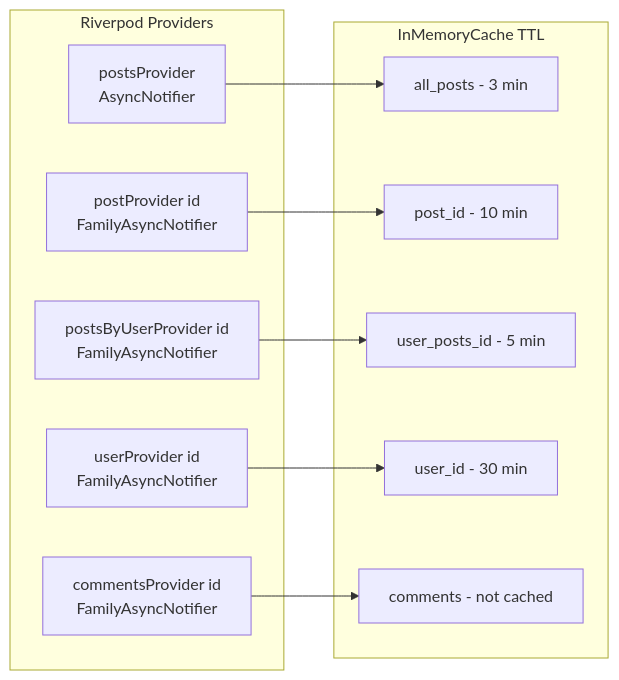
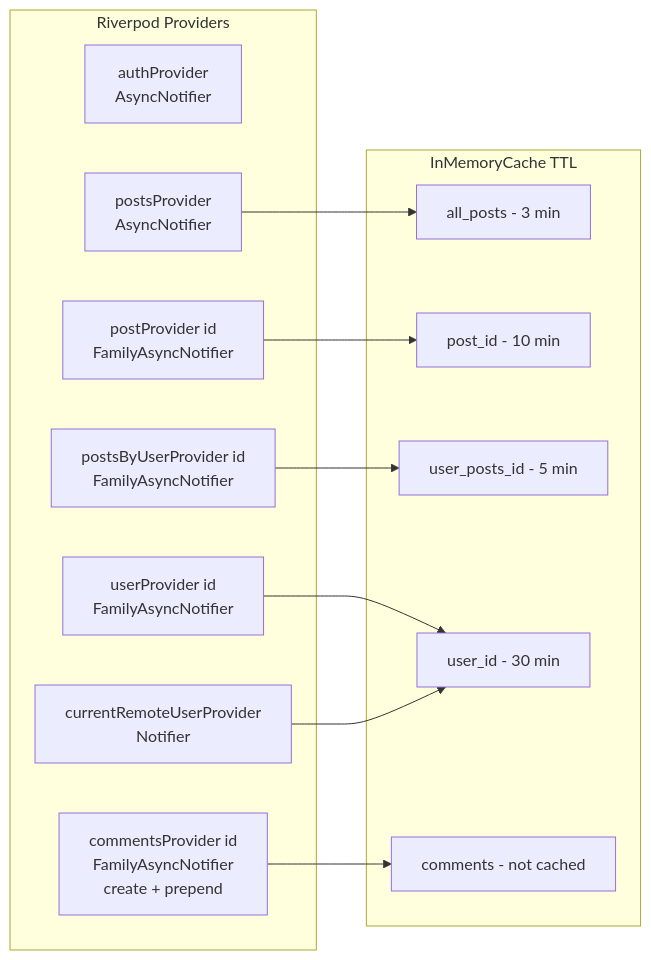
One commit to jz709u/flutter_posts changed the fourth of 5 diagrams in SCREEN_FLOW.md. Above: the diagram before and after it, drawn with Mermaid. The commit also changed other lines of this file and 1 other file, not shown here.

Commit message:
Update docs for auth and comment flows

````diff
--- a/SCREEN_FLOW.md
+++ b/SCREEN_FLOW.md
@@ -109,24 +122,27 @@
 ```mermaid
 flowchart LR
     subgraph Providers["Riverpod Providers"]
+        P0["authProvider<br/>AsyncNotifier"]
         P1["postsProvider<br/>AsyncNotifier"]
         P2["postProvider id<br/>FamilyAsyncNotifier"]
-        P3["commentsProvider id<br/>FamilyAsyncNotifier"]
+        P3["commentsProvider id<br/>FamilyAsyncNotifier<br/>create + prepend"]
         P4["userProvider id<br/>FamilyAsyncNotifier"]
         P5["postsByUserProvider id<br/>FamilyAsyncNotifier"]
+        P6["currentRemoteUserProvider<br/>Notifier"]
     end
 
     subgraph Cache["InMemoryCache TTL"]
         C1["all_posts - 3 min"]
         C2["post_id - 10 min"]
         C3["user_posts_id - 5 min"]
         C4["user_id - 30 min"]
         C5["comments - not cached"]
     end
 
     P1 --> C1
     P2 --> C2
     P3 --> C5
     P4 --> C4
     P5 --> C3
+    P6 --> C4
 ```
````
